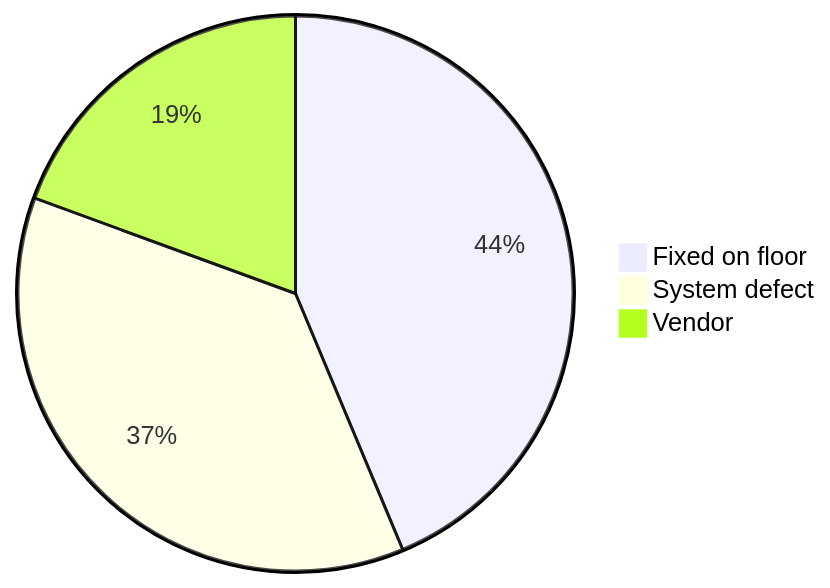
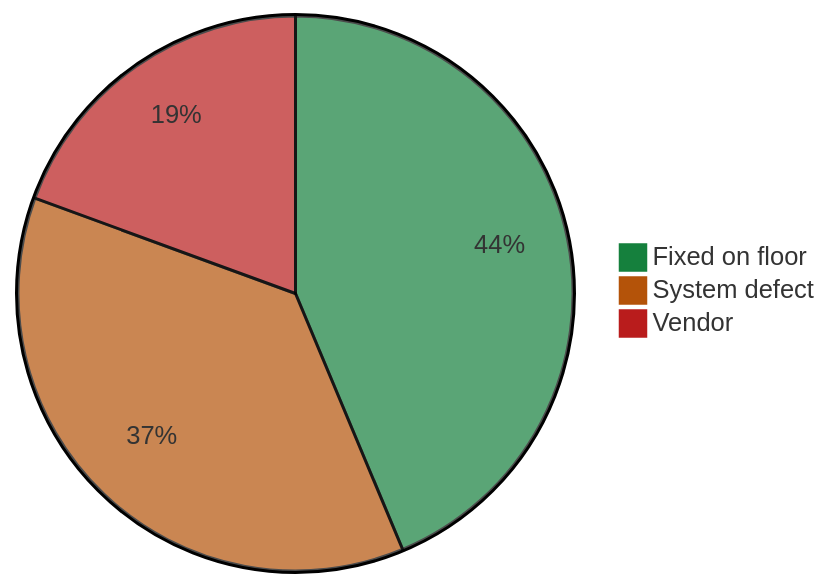
One commit to alex-yanchenko/skaldr changed the third of 4 diagrams in tests/golden/example.markdown/page.md. Above: the diagram before and after it, drawn with Mermaid. The commit also changed other lines of this file and 17 other files, not shown here.

First line of the commit message:
feat(export): upgrade github charts, collapsed sections and toned grid cells

````diff
--- a/tests/golden/example.markdown/page.md
+++ b/tests/golden/example.markdown/page.md
@@ -345,6 +349,7 @@
 ```mermaid
+%%{init: {"theme": "base", "themeVariables": {"pie1": "#15803d", "pie2": "#b45309", "pie3": "#b91c1c"}}}%%
 pie
     "Fixed on floor" : 900
     "System defect" : 760
     "Vendor" : 400
 ```
````
